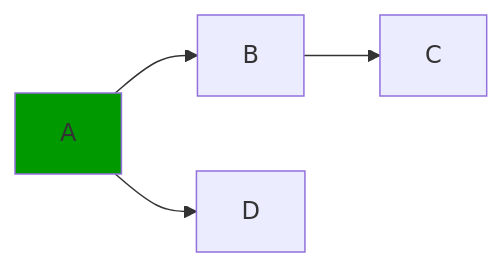
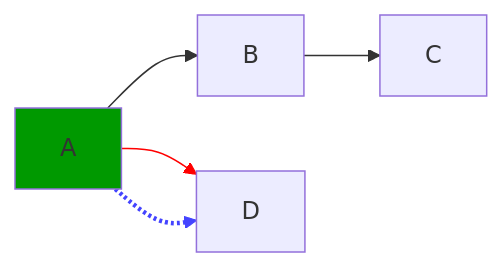
Before and after one commit to timcash/timcash.github.io: the eighth of 10 diagrams in dag.md, drawn with Mermaid. The commit also changed other lines of this file and 1 other file, not shown here.

````diff
--- a/dag.md
+++ b/dag.md
@@ -94,7 +92,10 @@
 ```mermaid
 graph LR
     A --> B
     B --> C
     A --> D
+    A -.-> D
     style A fill:#009900
+    linkStyle 2 stroke:red,stroke-width:1px;
+    linkStyle 3 stroke:#44f,stroke-width:3px;
 ```
````
